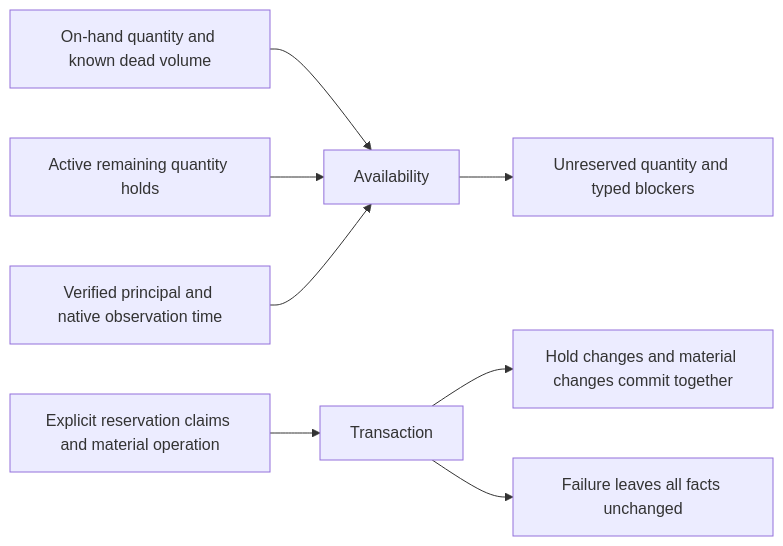
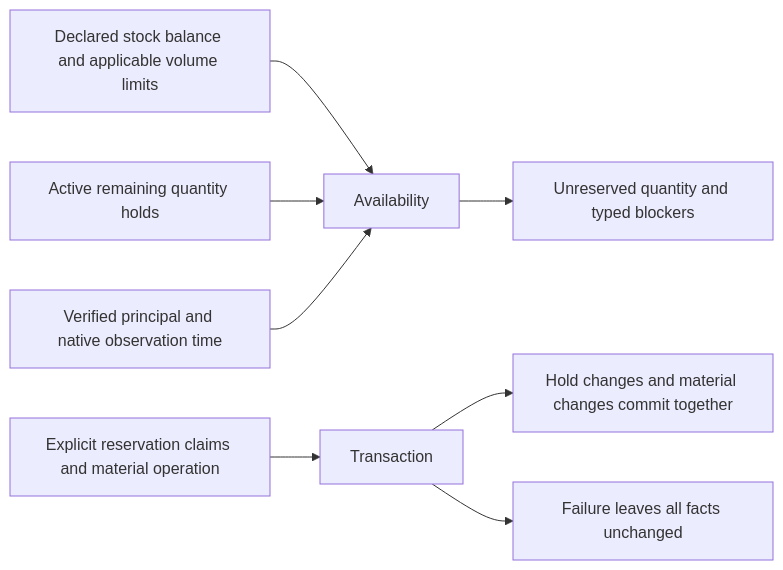
Before and after one commit to humic-labs/dnaforge-app: the third of 30 diagrams in docs/inventory-core.md, drawn with Mermaid. The commit also changed other lines of this file and 42 other files, not shown here.

````diff
--- a/docs/inventory-core.md
+++ b/docs/inventory-core.md
@@ -128,10 +148,10 @@
 ```mermaid
 flowchart LR
-    Facts[On-hand quantity and known dead volume] --> Availability
+    Facts[Declared stock balance and applicable volume limits] --> Availability
     Holds[Active remaining quantity holds] --> Availability
     Context[Verified principal and native observation time] --> Availability
     Availability --> Free[Unreserved quantity and typed blockers]
     Withdrawal[Explicit reservation claims and material operation] --> Transaction
     Transaction --> Commit[Hold changes and material changes commit together]
     Transaction --> Refuse[Failure leaves all facts unchanged]
 ```
````
